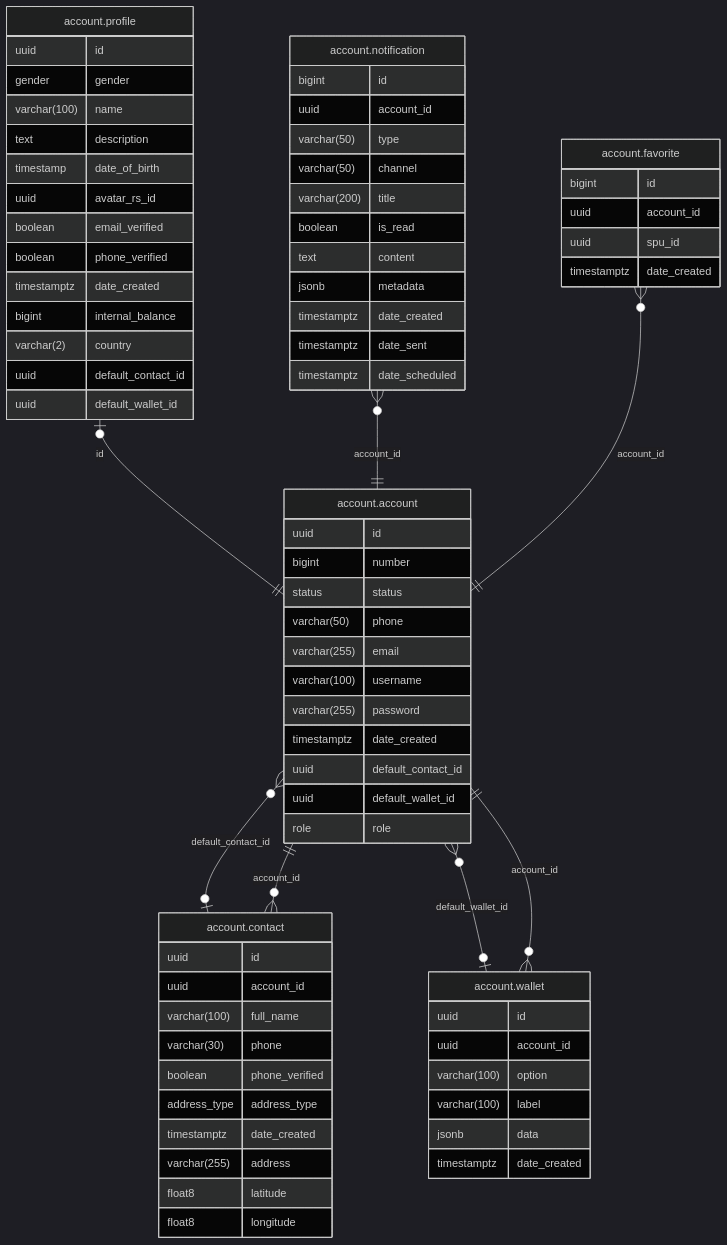
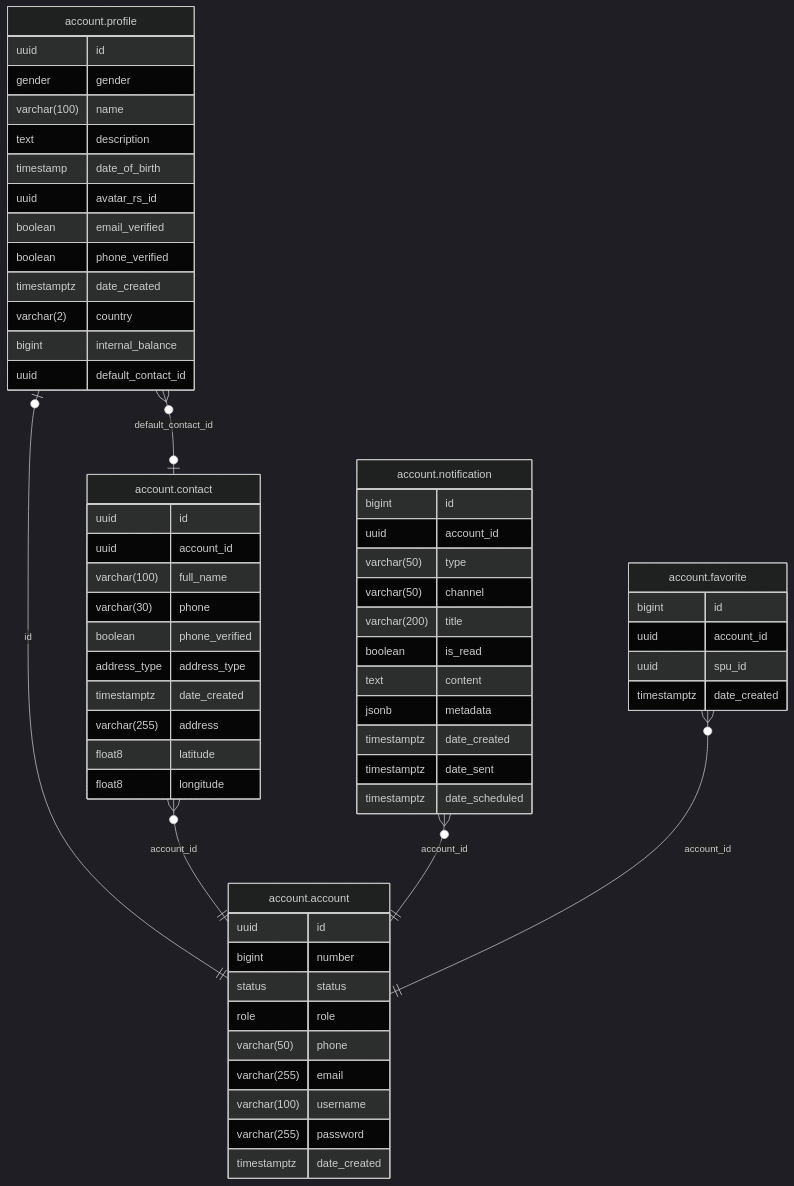
Before and after one commit to shopnexus/shopnexus-remastered: the diagram in internal/module/account/README.md, drawn with Mermaid (dark theme). The commit also changed 50 other files, not shown here.

````diff
--- a/internal/module/account/README.md
+++ b/internal/module/account/README.md
@@ -8,78 +8,65 @@
 ```mermaid
 erDiagram
-"account.account" }o--|o "account.contact" : "default_contact_id"
-"account.account" }o--|o "account.wallet" : "default_wallet_id"
+"account.profile" |o--|| "account.account" : "id"
+"account.profile" }o--|o "account.contact" : "default_contact_id"
 "account.contact" }o--|| "account.account" : "account_id"
-"account.profile" |o--|| "account.account" : "id"
 "account.notification" }o--|| "account.account" : "account_id"
 "account.favorite" }o--|| "account.account" : "account_id"
-"account.wallet" }o--|| "account.account" : "account_id"
 
 "account.account" {
   uuid id
   bigint number
   status status
+  role role
   varchar(50) phone
   varchar(255) email
   varchar(100) username
   varchar(255) password
   timestamptz date_created
-  uuid default_contact_id
-  uuid default_wallet_id
-  role role
 }
 "account.contact" {
   uuid id
   uuid account_id
   varchar(100) full_name
   varchar(30) phone
   boolean phone_verified
   address_type address_type
   timestamptz date_created
   varchar(255) address
   float8 latitude
   float8 longitude
 }
 "account.favorite" {
   bigint id
   uuid account_id
   uuid spu_id
   timestamptz date_created
 }
 "account.notification" {
   bigint id
   uuid account_id
   varchar(50) type
   varchar(50) channel
   varchar(200) title
   boolean is_read
   text content
   jsonb metadata
   timestamptz date_created
   timestamptz date_sent
   timestamptz date_scheduled
 }
 "account.profile" {
   uuid id
   gender gender
   varchar(100) name
   text description
   timestamp date_of_birth
   uuid avatar_rs_id
   boolean email_verified
   boolean phone_verified
   timestamptz date_created
+  varchar(2) country
   bigint internal_balance
-  varchar(2) country
   uuid default_contact_id
-  uuid default_wallet_id
-}
-"account.wallet" {
-  uuid id
-  uuid account_id
-  varchar(100) option
-  varchar(100) label
-  jsonb data
-  timestamptz date_created
 }
 ```
````
